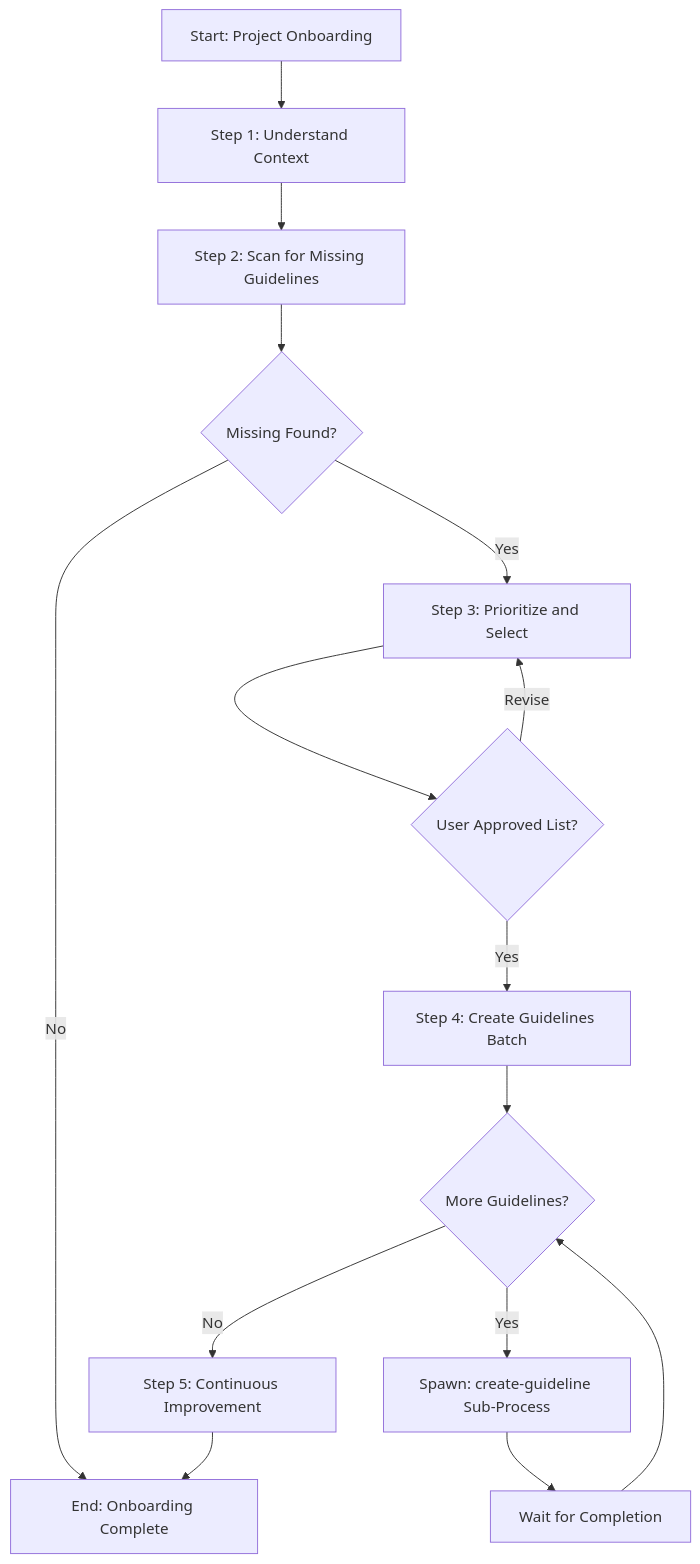
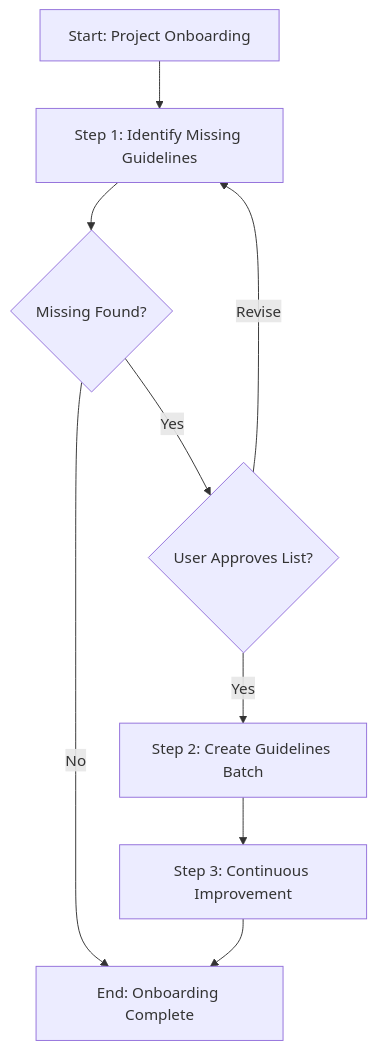
Before and after one commit to HMTools/agentic-processes: the diagram in .user-processes/active/process-create-onboard-template-20260125/template-design-summary.md, drawn with Mermaid. The commit also changed other lines of this file and 7 other files, not shown here.

````diff
--- a/.user-processes/active/process-create-onboard-template-20260125/template-design-summary.md
+++ b/.user-processes/active/process-create-onboard-template-20260125/template-design-summary.md
@@ -95,17 +92,11 @@
 ```mermaid
 flowchart TD
-    A[Start: Project Onboarding] --> B[Step 1: Understand Context]
-    B --> C[Step 2: Scan for Missing Guidelines]
-    C --> D{Missing Found?}
-    D -->|No| L[End: All Guidelines Present]
-    D -->|Yes| E[Step 3: Prioritize and Select]
-    E --> F{User Approved List?}
-    F -->|Revise| E
-    F -->|Yes| G[Step 4: Create Guidelines Batch]
-    G --> H{More Guidelines?}
-    H -->|Yes| I[Spawn: create-guideline Sub-Process]
-    I --> J[Wait for Completion]
-    J --> H
-    H -->|No| K[Step 5: Continuous Improvement]
-    K --> L[End: Onboarding Complete]
+    A[Start: Project Onboarding] --> B[Step 1: Identify Missing Guidelines]
+    B --> C{Missing Found?}
+    C -->|No| G[End: All Guidelines Present]
+    C -->|Yes| D{User Approves List?}
+    D -->|Revise| B
+    D -->|Yes| E[Step 2: Create Guidelines Batch]
+    E --> F[Step 3: Continuous Improvement]
+    F --> G[End: Onboarding Complete]
 ```
````
